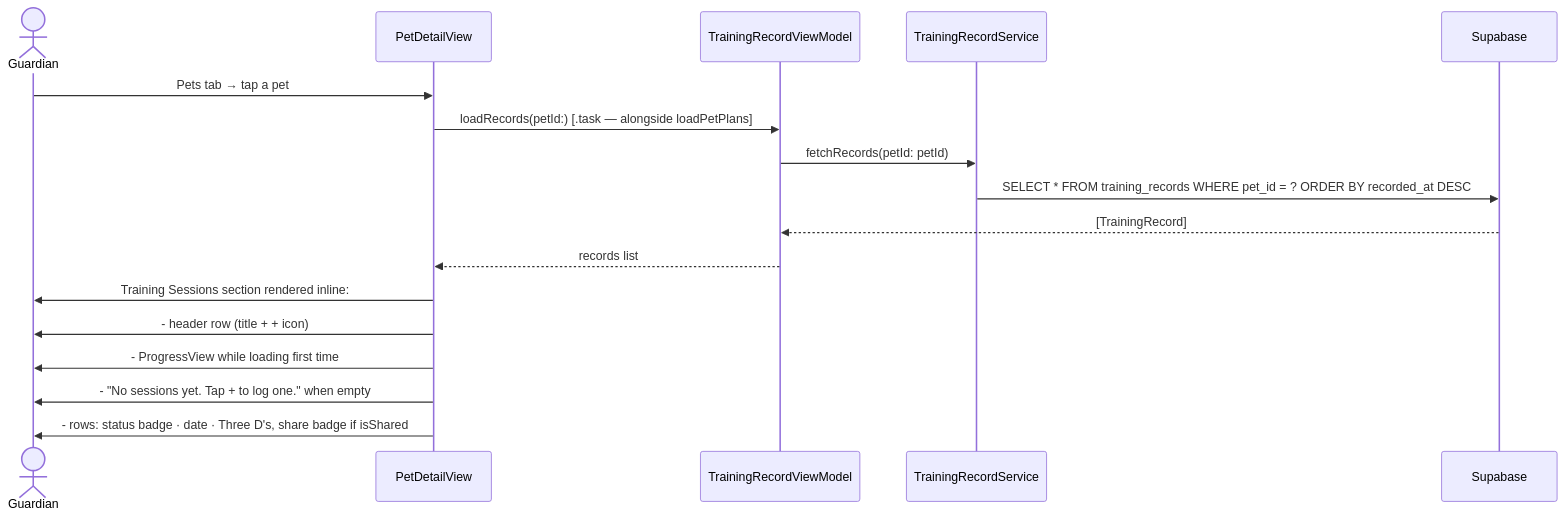
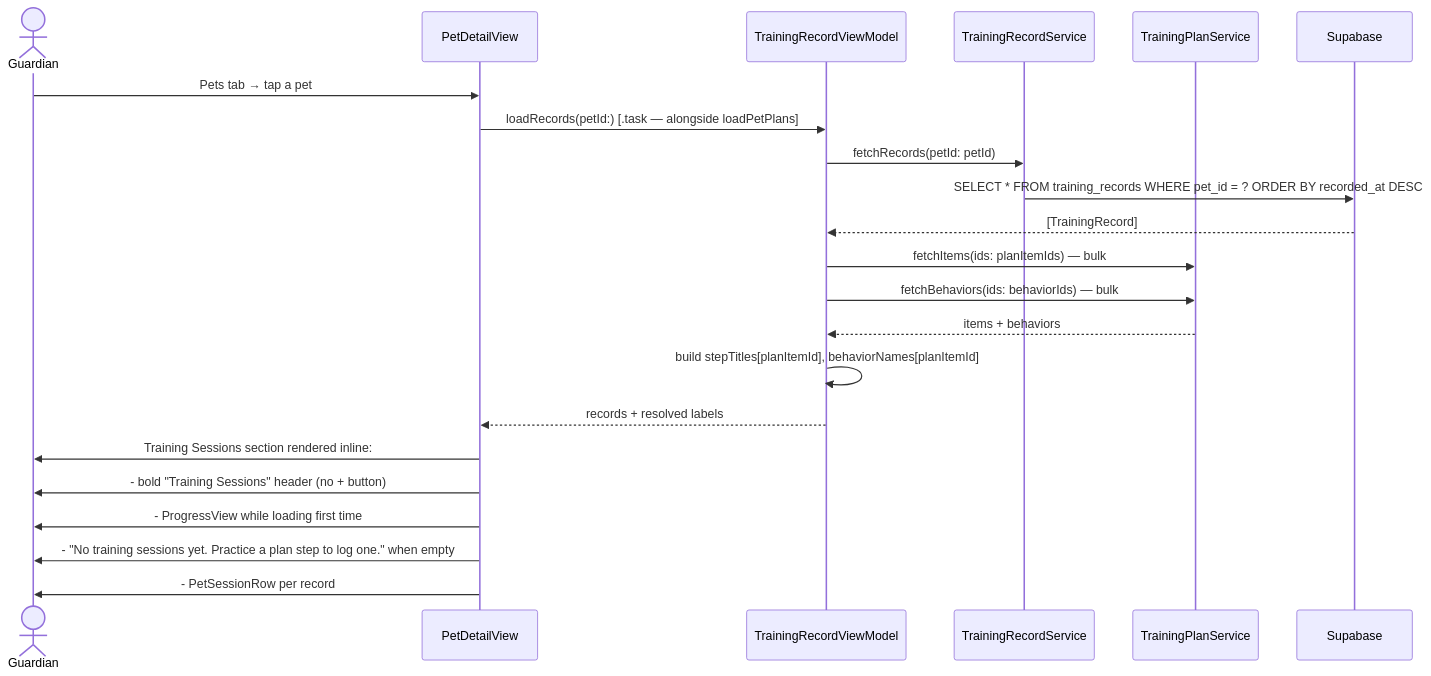
One commit to markculley/HoundHabit changed the second of 5 diagrams in docs/use_cases/log_training.md. Above: the diagram before and after it, drawn with Mermaid. The commit also changed other lines of this file and 3 other files, not shown here.

````diff
--- a/docs/use_cases/log_training.md
+++ b/docs/use_cases/log_training.md
@@ -40,20 +44,25 @@
 ```mermaid
 sequenceDiagram
     actor G as Guardian
     participant PD as PetDetailView
     participant RVM as TrainingRecordViewModel
-    participant SVC as TrainingRecordService
+    participant TS as TrainingRecordService
+    participant PS as TrainingPlanService
     participant DB as Supabase
 
     G->>PD: Pets tab → tap a pet
     PD->>RVM: loadRecords(petId:) [.task — alongside loadPetPlans]
-    RVM->>SVC: fetchRecords(petId: petId)
-    SVC->>DB: SELECT * FROM training_records WHERE pet_id = ? ORDER BY recorded_at DESC
+    RVM->>TS: fetchRecords(petId: petId)
+    TS->>DB: SELECT * FROM training_records WHERE pet_id = ? ORDER BY recorded_at DESC
     DB-->>RVM: [TrainingRecord]
-    RVM-->>PD: records list
+    RVM->>PS: fetchItems(ids: planItemIds) — bulk
+    RVM->>PS: fetchBehaviors(ids: behaviorIds) — bulk
+    PS-->>RVM: items + behaviors
+    RVM->>RVM: build stepTitles[planItemId], behaviorNames[planItemId]
+    RVM-->>PD: records + resolved labels
     PD->>G: Training Sessions section rendered inline:
-    PD->>G:  - header row (title + + icon)
+    PD->>G:  - bold "Training Sessions" header (no + button)
     PD->>G:  - ProgressView while loading first time
-    PD->>G:  - "No sessions yet. Tap + to log one." when empty
-    PD->>G:  - rows: status badge · date · Three D's, share badge if isShared
+    PD->>G:  - "No training sessions yet. Practice a plan step to log one." when empty
+    PD->>G:  - PetSessionRow per record
 ```
````
